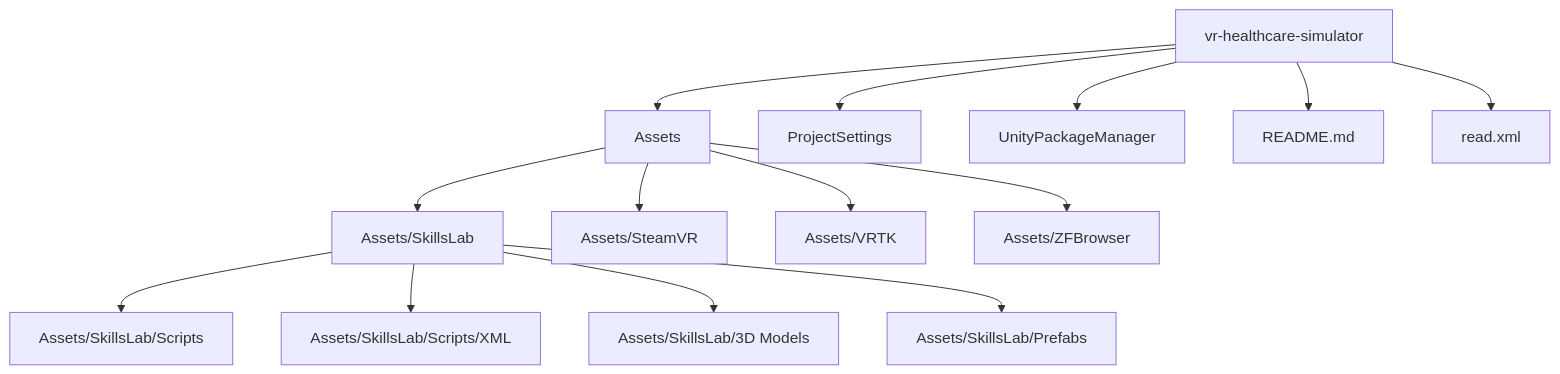
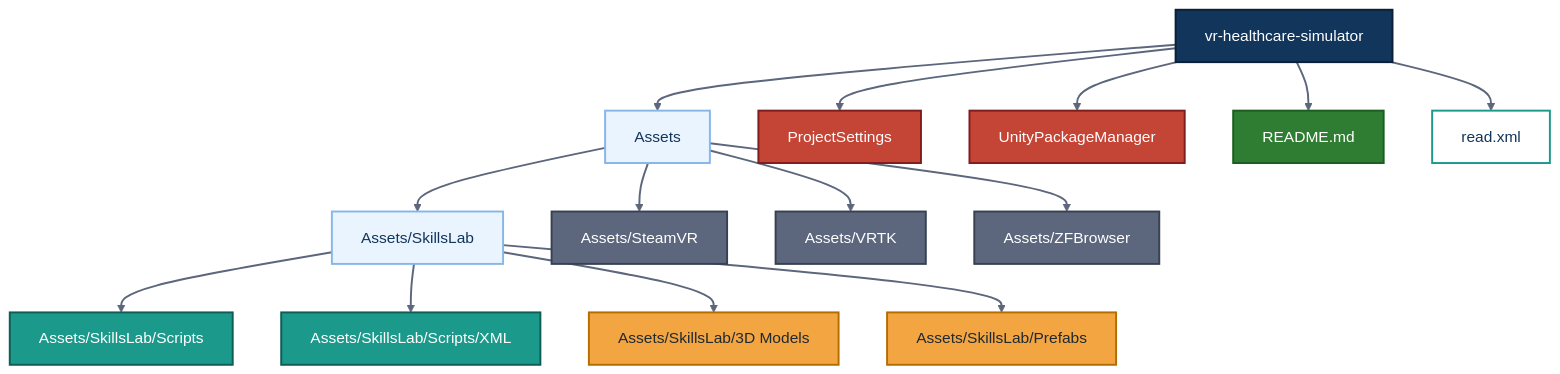
One commit to djdcybersecurity/vr-healthcare-simulator changed the tenth of 10 diagrams in README.md. Above: the diagram before and after it, drawn with Mermaid. The commit also changed other lines of this file, not shown here.

Commit message:
Improve README Mermaid diagrams

````diff
--- a/README.md
+++ b/README.md
@@ -485,31 +611,51 @@
 ```mermaid
+%%{init: {'theme': 'base', 'themeVariables': { 'primaryColor': '#EAF4FF', 'primaryTextColor': '#1F2933', 'primaryBorderColor': '#1B998B', 'lineColor': '#5C677D', 'secondaryColor': '#F7FBFF', 'tertiaryColor': '#FFFFFF', 'fontFamily': 'Arial'}}}%%
 flowchart TB
     root["vr-healthcare-simulator"]
     assets["Assets"]
     skills["Assets/SkillsLab"]
     scripts["Assets/SkillsLab/Scripts"]
     xmlScripts["Assets/SkillsLab/Scripts/XML"]
     models["Assets/SkillsLab/3D Models"]
     prefabs["Assets/SkillsLab/Prefabs"]
     steam["Assets/SteamVR"]
     vrtk["Assets/VRTK"]
     browser["Assets/ZFBrowser"]
     settings["ProjectSettings"]
     packageManager["UnityPackageManager"]
     readme["README.md"]
     data["read.xml"]
 
     root --> assets
     root --> settings
     root --> packageManager
     root --> readme
     root --> data
     assets --> skills
     assets --> steam
     assets --> vrtk
     assets --> browser
     skills --> scripts
     skills --> xmlScripts
     skills --> models
     skills --> prefabs
+
+    class root rootClass;
+    class assets,skills folderClass;
+    class scripts,xmlScripts codeClass;
+    class models,prefabs assetClass;
+    class steam,vrtk,browser dependencyClass;
+    class settings,packageManager configClass;
+    class readme docClass;
+    class data dataClass;
+
+    classDef rootClass fill:#12355B,color:#FFFFFF,stroke:#0B2038,stroke-width:2px;
+    classDef folderClass fill:#EAF4FF,color:#12355B,stroke:#86B7E7,stroke-width:2px;
+    classDef codeClass fill:#1B998B,color:#FFFFFF,stroke:#0E5E55,stroke-width:2px;
+    classDef assetClass fill:#F2A541,color:#1F2933,stroke:#B66D00,stroke-width:2px;
+    classDef dependencyClass fill:#5C677D,color:#FFFFFF,stroke:#374151,stroke-width:2px;
+    classDef configClass fill:#C44536,color:#FFFFFF,stroke:#7F1D1D,stroke-width:2px;
+    classDef docClass fill:#2E7D32,color:#FFFFFF,stroke:#1B5E20,stroke-width:2px;
+    classDef dataClass fill:#FFFFFF,color:#12355B,stroke:#1B998B,stroke-width:2px;
+    linkStyle default stroke:#5C677D,stroke-width:2px;
 ```
````
